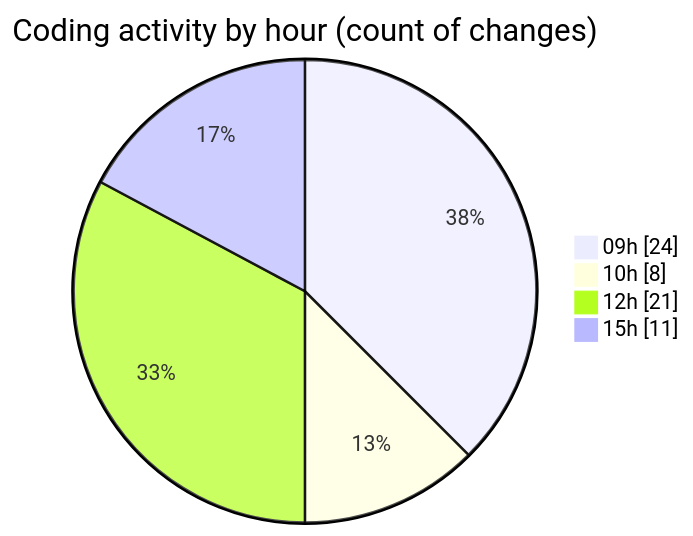
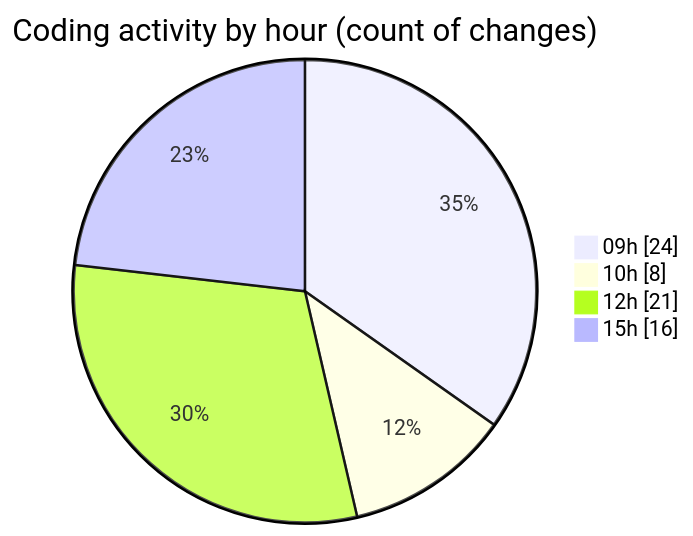
Before and after one commit to lephambinh05/code-tracking: the second of 2 diagrams in 2025-08-18/rentotp/README.md, drawn with Mermaid. The commit also changed other lines of this file and 1 other file, not shown here.

````diff
--- a/2025-08-18/rentotp/README.md
+++ b/2025-08-18/rentotp/README.md
@@ -54,8 +57,8 @@
 ```mermaid
 pie showData
 title Coding activity by hour (count of changes)
 "09h" : 24
 "10h" : 8
 "12h" : 21
-"15h" : 11
+"15h" : 16
 ```
````
